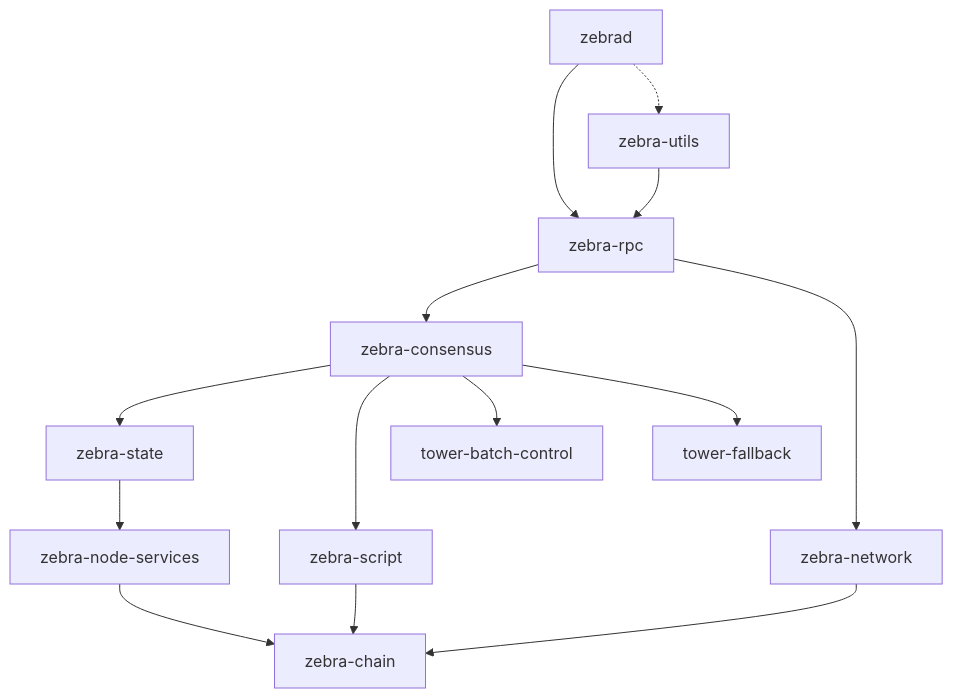
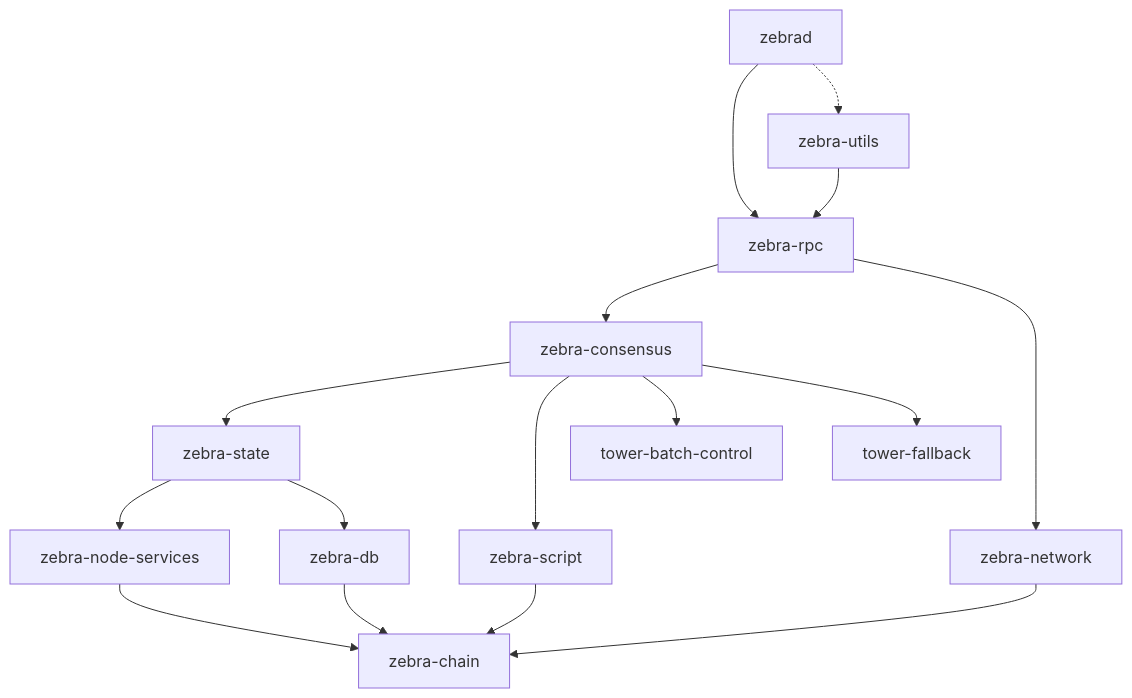
The first of 3 diagrams in book/src/dev/overview.md (ZcashFoundation/zebra), drawn with Mermaid before and after one commit. The commit also changed other lines of this file and 18 other files, not shown here.

````diff
--- a/book/src/dev/overview.md
+++ b/book/src/dev/overview.md
@@ -47,16 +48,18 @@
 ```mermaid
 flowchart TD
     daemon["zebrad"] --> rpc["zebra-rpc"]
     daemon -.-> utils["zebra-utils"]
     utils --> rpc
     rpc --> consensus["zebra-consensus"]
     rpc --> network["zebra-network"]
     consensus --> state["zebra-state"]
     consensus --> script["zebra-script"]
     consensus --> batch["tower-batch-control"]
     consensus --> fallback["tower-fallback"]
     state --> interfaces["zebra-node-services"]
+    state --> db["zebra-db"]
+    db --> chain
     interfaces --> chain["zebra-chain"]
     network --> chain
     script --> chain
 ```
````
